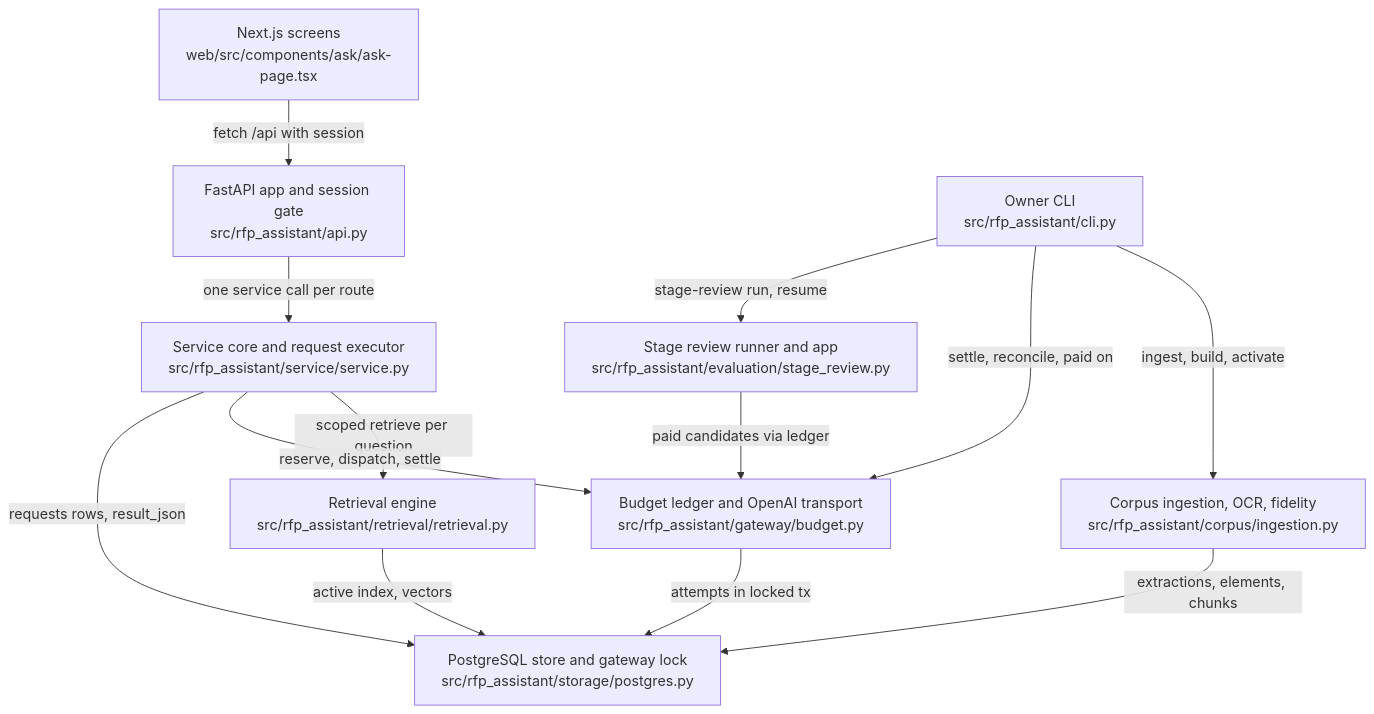
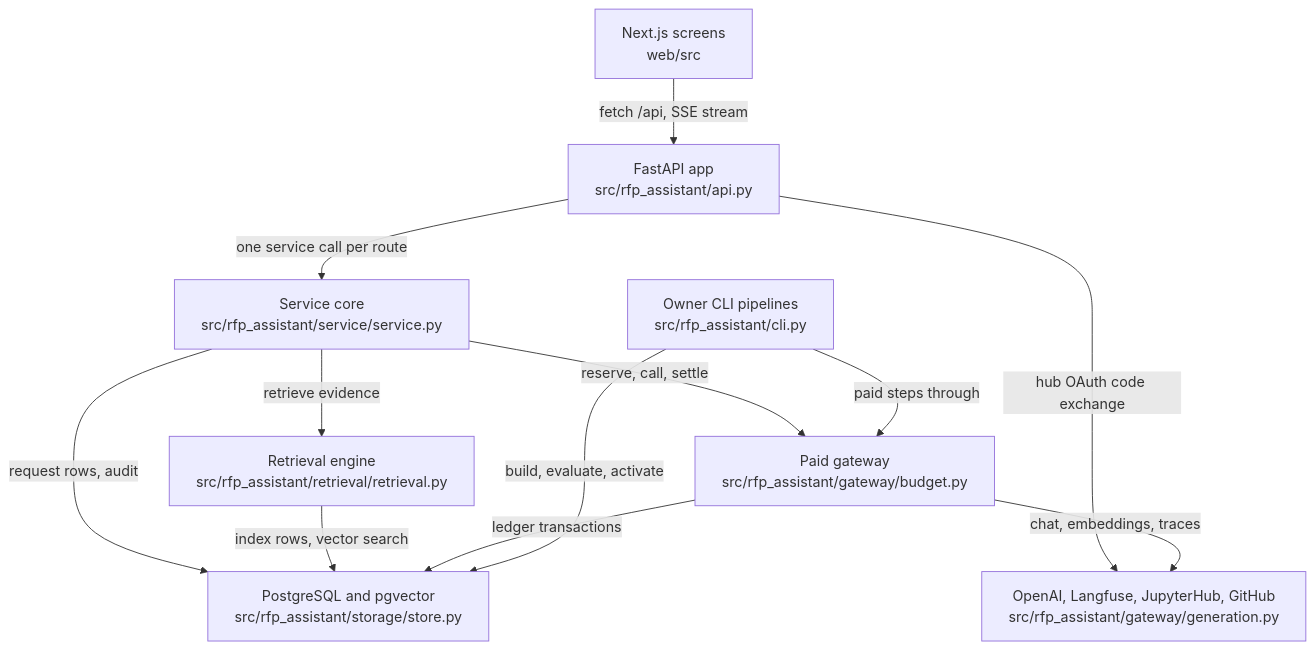
The diagram in .omm/overall-architecture/diagram.mmd (littleeeeebit/project-codeit-mid), drawn with Mermaid before and after one commit. The commit also changed 398 other files, not shown here.

First line of the commit message:
codeit에 팀 공용 Langfuse: 이전 트레이스 이관, 서버·로컬 트레이스에 멤버·환경·git ref 표시 (#38)

```diff
--- a/.omm/overall-architecture/diagram.mmd
+++ b/.omm/overall-architecture/diagram.mmd
@@ -1,22 +1,12 @@
 graph TD
-  web-screens["Next.js screens\nweb/src/components/ask/ask-page.tsx"]
-  http-api["FastAPI app and session gate\nsrc/rfp_assistant/api.py"]
-  service-core["Service core and request executor\nsrc/rfp_assistant/service/service.py"]
-  retrieval-engine["Retrieval engine\nsrc/rfp_assistant/retrieval/retrieval.py"]
-  paid-gateway["Budget ledger and OpenAI transport\nsrc/rfp_assistant/gateway/budget.py"]
-  postgres-store["PostgreSQL store and gateway lock\nsrc/rfp_assistant/storage/postgres.py"]
-  corpus-pipeline["Corpus ingestion, OCR, fidelity\nsrc/rfp_assistant/corpus/ingestion.py"]
-  owner-cli["Owner CLI\nsrc/rfp_assistant/cli.py"]
-  stage-review["Stage review runner and app\nsrc/rfp_assistant/evaluation/stage_review.py"]
-  web-screens -->|"fetch /api with session"| http-api
-  http-api -->|"one service call per route"| service-core
-  service-core -->|"scoped retrieve per question"| retrieval-engine
-  service-core -->|"reserve, dispatch, settle"| paid-gateway
-  service-core -->|"requests rows, result_json"| postgres-store
-  paid-gateway -->|"attempts in locked tx"| postgres-store
-  retrieval-engine -->|"active index, vectors"| postgres-store
-  corpus-pipeline -->|"extractions, elements, chunks"| postgres-store
-  owner-cli -->|"ingest, build, activate"| corpus-pipeline
-  owner-cli -->|"settle, reconcile, paid on"| paid-gateway
-  owner-cli -->|"stage-review run, resume"| stage-review
-  stage-review -->|"paid candidates via ledger"| paid-gateway
+  web-screens["Next.js screens\nweb/src"] -->|"fetch /api, SSE stream"| http-api["FastAPI app\nsrc/rfp_assistant/api.py"]
+  http-api -->|"one service call per route"| service-core["Service core\nsrc/rfp_assistant/service/service.py"]
+  http-api -->|"hub OAuth code exchange"| external-services["OpenAI, Langfuse, JupyterHub, GitHub\nsrc/rfp_assistant/gateway/generation.py"]
+  service-core -->|"retrieve evidence"| retrieval-engine["Retrieval engine\nsrc/rfp_assistant/retrieval/retrieval.py"]
+  service-core -->|"reserve, call, settle"| paid-gateway["Paid gateway\nsrc/rfp_assistant/gateway/budget.py"]
+  service-core -->|"request rows, audit"| postgres-storage["PostgreSQL and pgvector\nsrc/rfp_assistant/storage/store.py"]
+  retrieval-engine -->|"index rows, vector search"| postgres-storage
+  paid-gateway -->|"ledger transactions"| postgres-storage
+  paid-gateway -->|"chat, embeddings, traces"| external-services
+  offline-pipelines["Owner CLI pipelines\nsrc/rfp_assistant/cli.py"] -->|"build, evaluate, activate"| postgres-storage
+  offline-pipelines -->|"paid steps through"| paid-gateway
```
